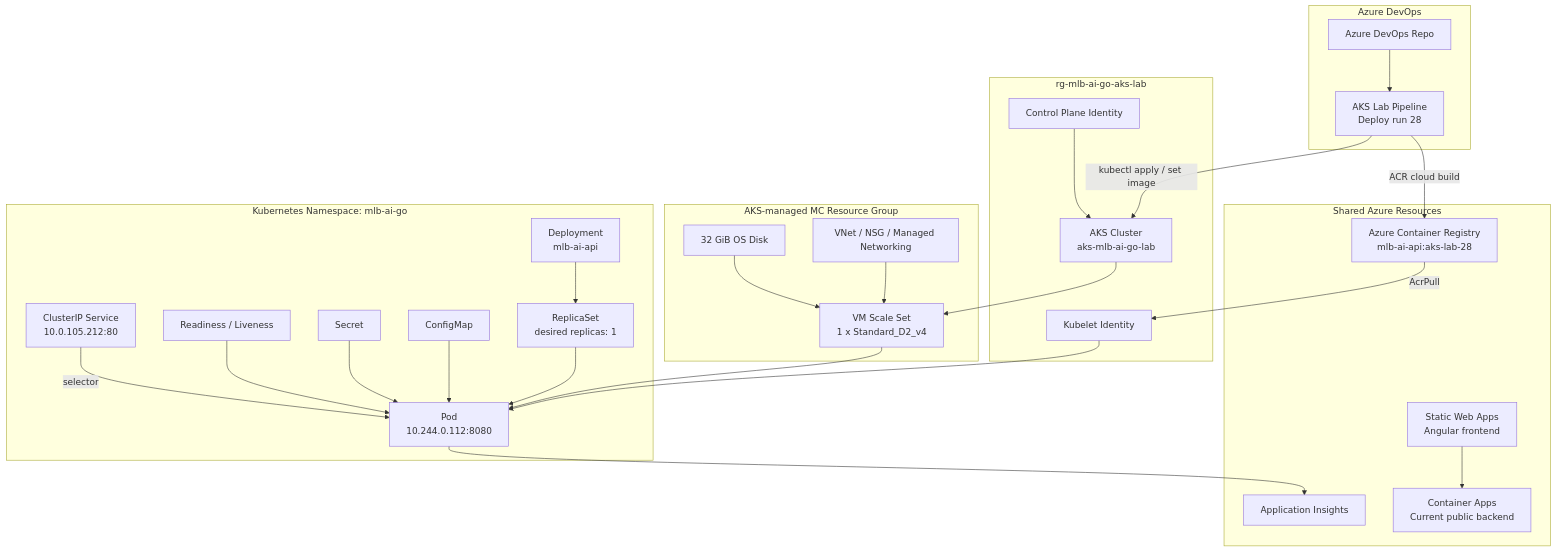
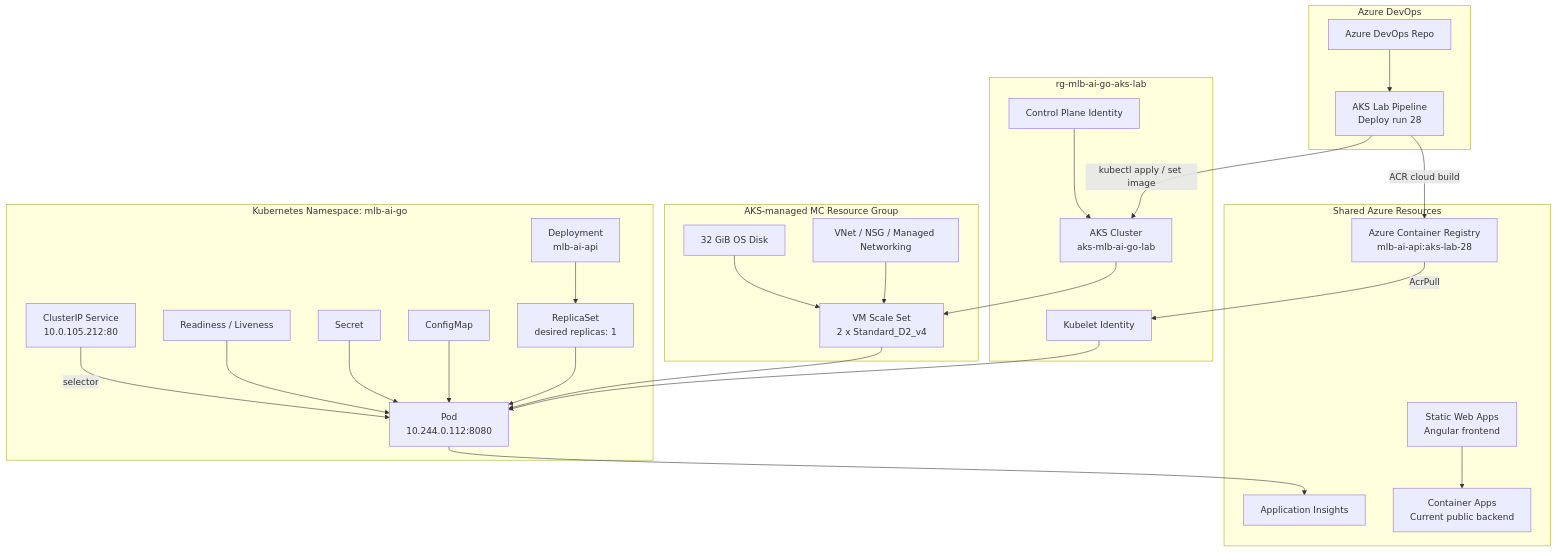
One commit to sungYiCheng/MLB changed the first of 3 diagrams in docs/kubernetes-runtime-lab.md. Above: the diagram before and after it, drawn with Mermaid. The commit also changed other lines of this file and 15 other files, not shown here.

````diff
--- a/docs/kubernetes-runtime-lab.md
+++ b/docs/kubernetes-runtime-lab.md
@@ -93,57 +97,57 @@
 ```mermaid
 flowchart TB
     subgraph Delivery[Azure DevOps]
         Repo[Azure DevOps Repo]
         Pipeline[AKS Lab Pipeline<br/>Deploy run 28]
     end
 
     subgraph SharedAzure[Shared Azure Resources]
         ACR[Azure Container Registry<br/>mlb-ai-api:aks-lab-28]
         AppInsights[Application Insights]
         SWA[Static Web Apps<br/>Angular frontend]
         ContainerApp[Container Apps<br/>Current public backend]
     end
 
     subgraph AKSResourceGroup[rg-mlb-ai-go-aks-lab]
         AKS[AKS Cluster<br/>aks-mlb-ai-go-lab]
         ControlIdentity[Control Plane Identity]
         KubeletIdentity[Kubelet Identity]
     end
 
     subgraph NodeResourceGroup[AKS-managed MC Resource Group]
-        VMSS[VM Scale Set<br/>1 x Standard_D2_v4]
+        VMSS[VM Scale Set<br/>2 x Standard_D2_v4]
         Network[VNet / NSG / Managed Networking]
         Disk[32 GiB OS Disk]
     end
 
     subgraph Kubernetes[Kubernetes Namespace: mlb-ai-go]
         Deployment[Deployment<br/>mlb-ai-api]
         ReplicaSet[ReplicaSet<br/>desired replicas: 1]
         Pod[Pod<br/>10.244.0.112:8080]
         Service[ClusterIP Service<br/>10.0.105.212:80]
         ConfigMap[ConfigMap]
         Secret[Secret]
         Probes[Readiness / Liveness]
     end
 
     Repo --> Pipeline
     Pipeline -->|ACR cloud build| ACR
     Pipeline -->|kubectl apply / set image| AKS
     ACR -->|AcrPull| KubeletIdentity
     KubeletIdentity --> Pod
     ControlIdentity --> AKS
     AKS --> VMSS
     VMSS --> Pod
     Network --> VMSS
     Disk --> VMSS
 
     Deployment --> ReplicaSet
     ReplicaSet --> Pod
     ConfigMap --> Pod
     Secret --> Pod
     Probes --> Pod
     Service -->|selector| Pod
     Pod --> AppInsights
 
     SWA --> ContainerApp
 ```
````
